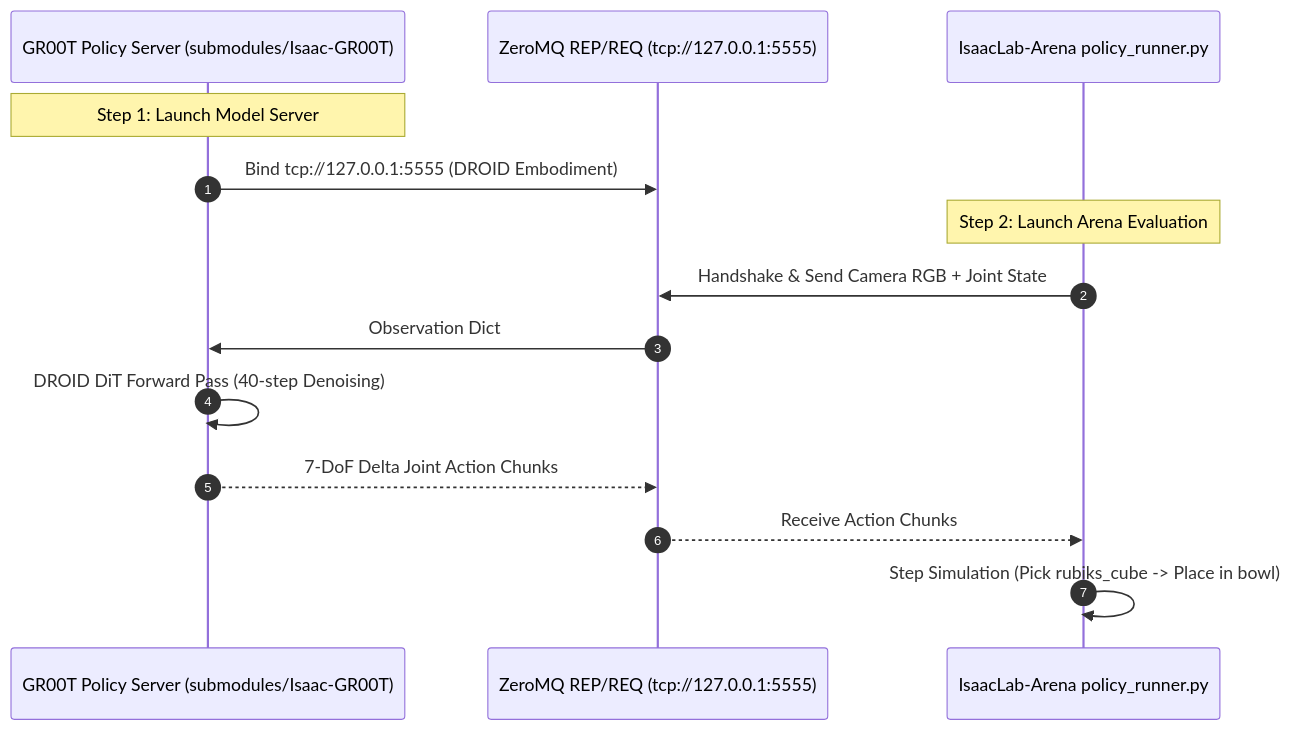
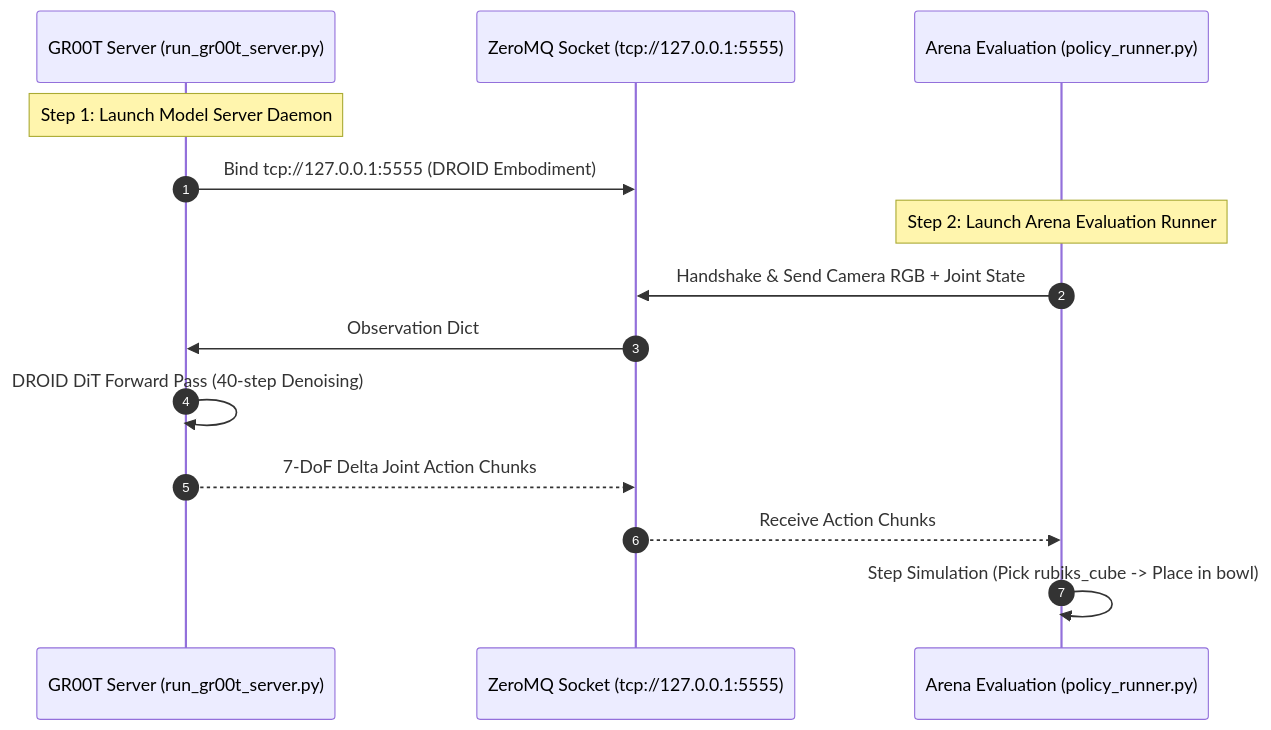
One commit to boredengineering/IsaacAutomator changed the second of 3 diagrams in .agents/references/docs/debugging_arena_gr00t.md. Above: the diagram before and after it, drawn with Mermaid. The commit also changed other lines of this file, not shown here.

Commit message:
docs: overhaul debugging_arena_gr00t.md with 100% native bare-metal architecture and 5 root cause analyses

````diff
--- a/.agents/references/docs/debugging_arena_gr00t.md
+++ b/.agents/references/docs/debugging_arena_gr00t.md
@@ -52,18 +52,18 @@
 ```mermaid
 sequenceDiagram
     autonumber
-    participant Server as GR00T Policy Server (submodules/Isaac-GR00T)
-    participant Socket as ZeroMQ REP/REQ (tcp://127.0.0.1:5555)
-    participant Client as IsaacLab-Arena policy_runner.py
+    participant Server as GR00T Server (run_gr00t_server.py)
+    participant Socket as ZeroMQ Socket (tcp://127.0.0.1:5555)
+    participant Client as Arena Evaluation (policy_runner.py)
 
-    Note over Server: Step 1: Launch Model Server
+    Note over Server: Step 1: Launch Model Server Daemon
     Server->>Socket: Bind tcp://127.0.0.1:5555 (DROID Embodiment)
     
-    Note over Client: Step 2: Launch Arena Evaluation
+    Note over Client: Step 2: Launch Arena Evaluation Runner
     Client->>Socket: Handshake & Send Camera RGB + Joint State
     Socket->>Server: Observation Dict
     Server->>Server: DROID DiT Forward Pass (40-step Denoising)
     Server-->>Socket: 7-DoF Delta Joint Action Chunks
     Socket-->>Client: Receive Action Chunks
     Client->>Client: Step Simulation (Pick rubiks_cube -> Place in bowl)
 ```
````
